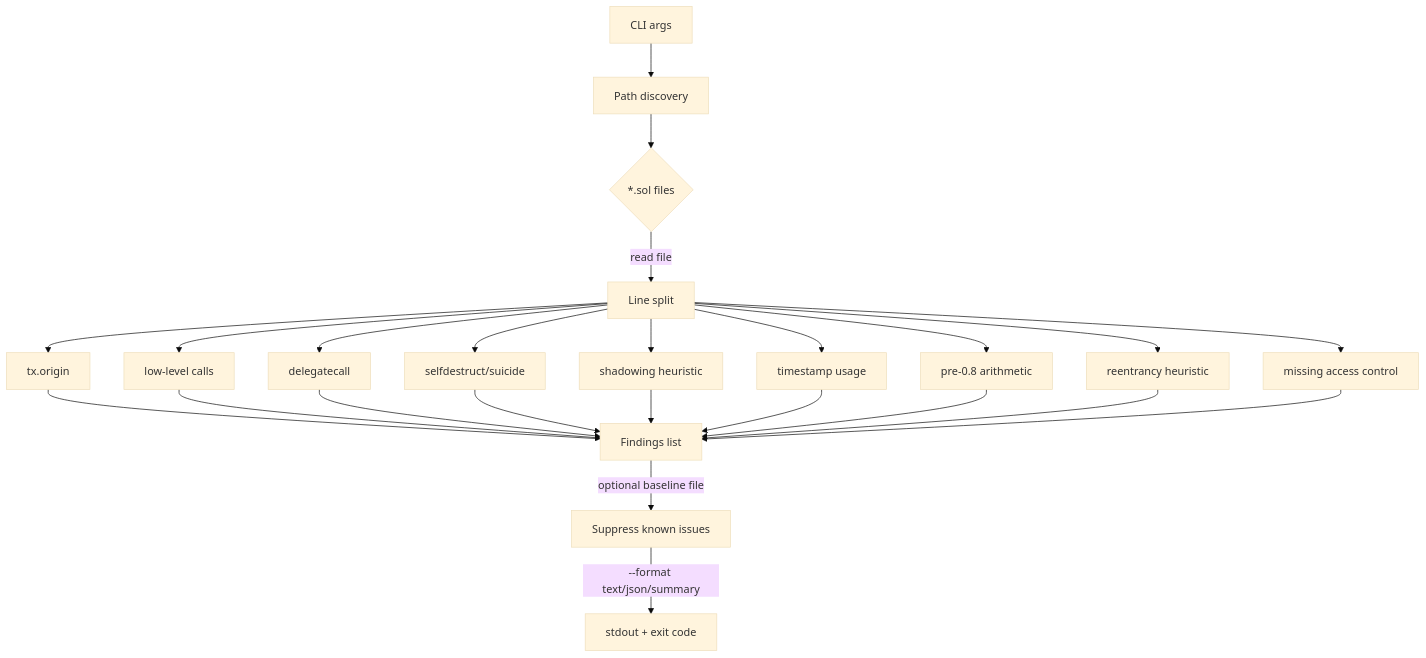
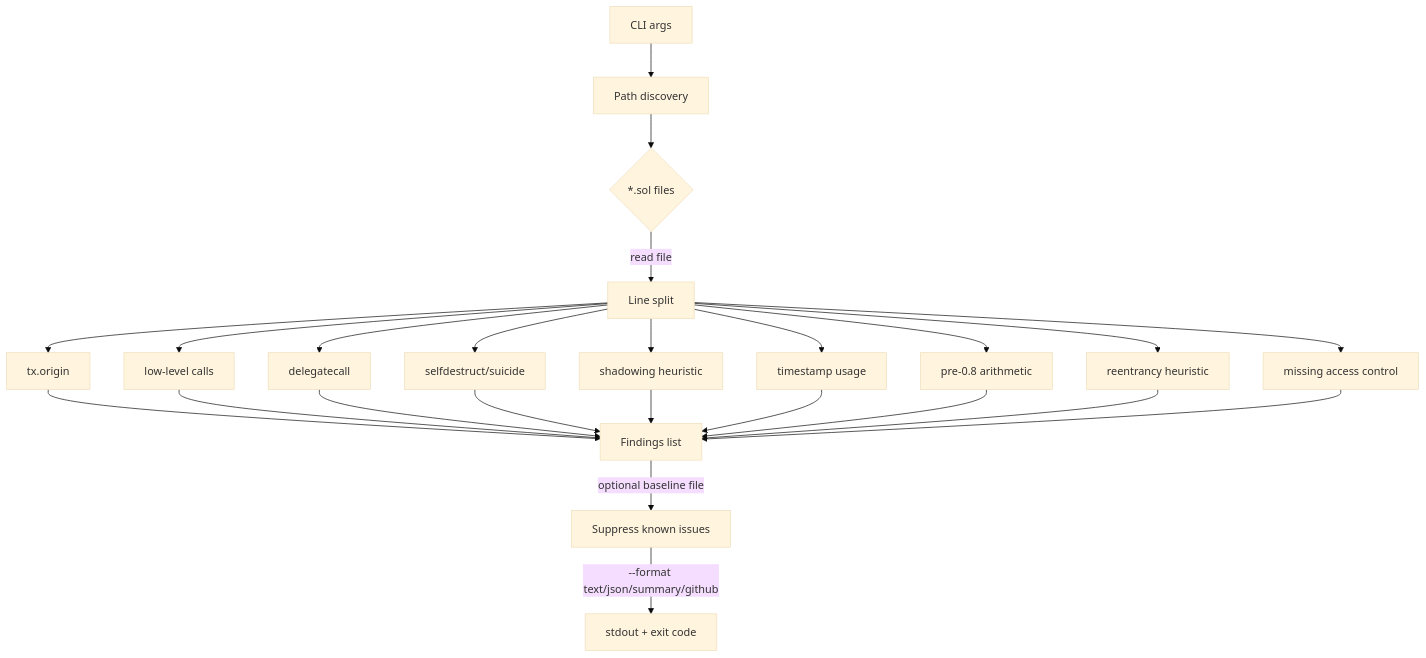
The diagram in README.md (SibghatUllah1997/audit-agent-py), drawn with Mermaid (base theme) before and after one commit. The commit also changed other lines of this file, not shown here.

````diff
--- a/README.md
+++ b/README.md
@@ -199,18 +222,18 @@
 ```mermaid
 flowchart TD
     A[CLI args] --> B[Path discovery]
     B --> C{*.sol files}
     C -->|read file| D[Line split]
     D --> E1[tx.origin]
     D --> E2[low-level calls]
     D --> E3[delegatecall]
     D --> E4[selfdestruct/suicide]
     D --> E5[shadowing heuristic]
     D --> E6[timestamp usage]
     D --> E7[pre-0.8 arithmetic]
     D --> E8[reentrancy heuristic]
     D --> E9[missing access control]
     E1 & E2 & E3 & E4 & E5 & E6 & E7 & E8 & E9 --> F[Findings list]
     F -->|optional baseline file| G[Suppress known issues]
-    G -->|--format text/json/summary| H[stdout + exit code]
+    G -->|--format text/json/summary/github| H[stdout + exit code]
 ```
````
